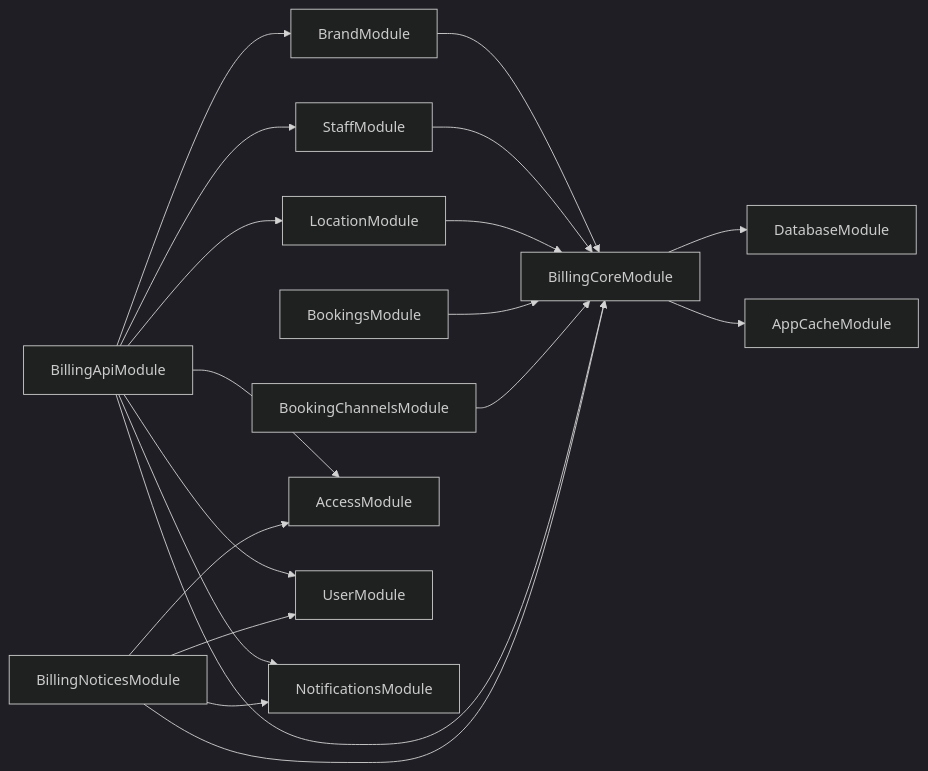
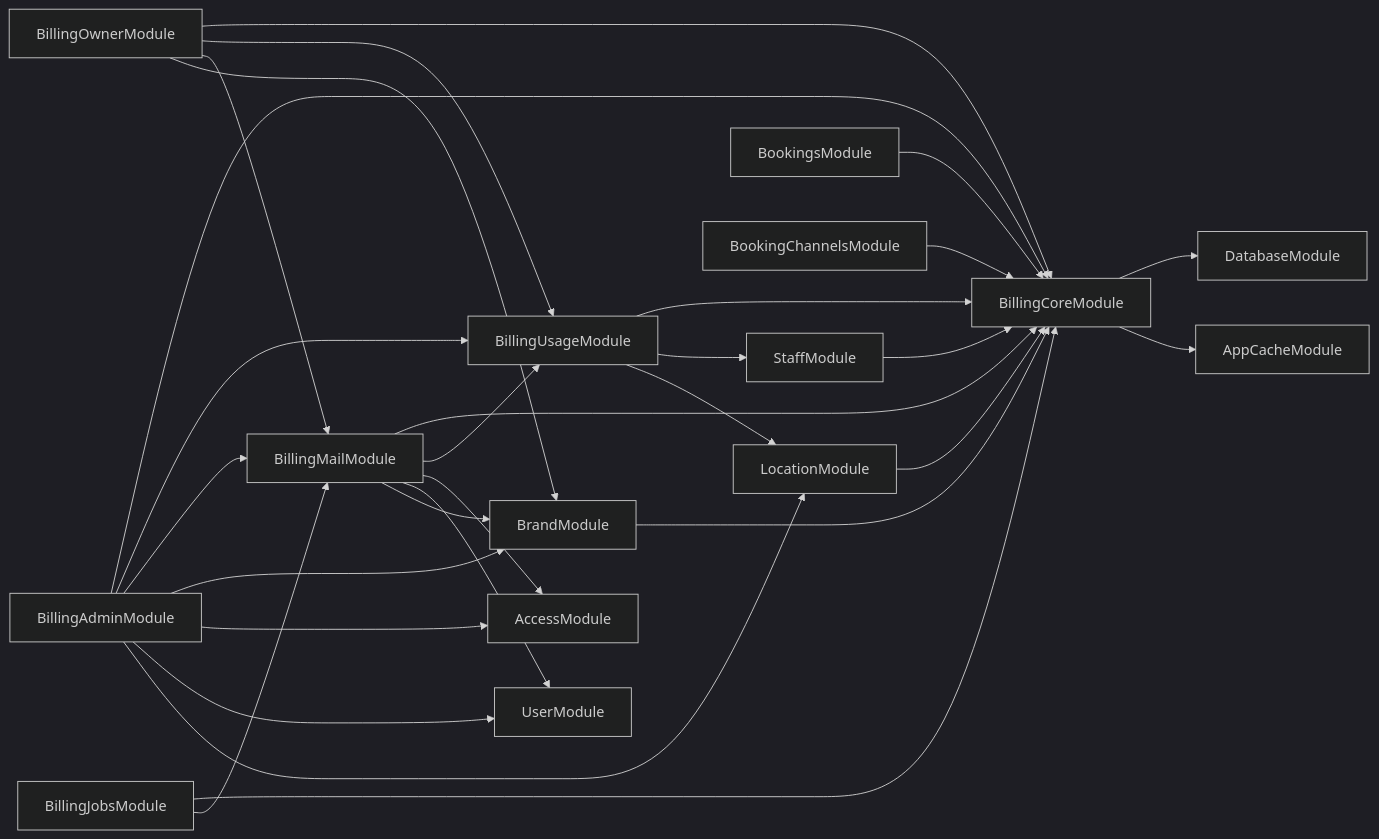
Before and after one commit to pavelnagorsky/crm-core: the second of 2 diagrams in docs/subscriptions-plan.md, drawn with Mermaid (dark theme). The commit also changed other lines of this file and 315 other files, not shown here.

````diff
--- a/docs/subscriptions-plan.md
+++ b/docs/subscriptions-plan.md
@@ -1045,21 +1048,31 @@
 ```mermaid
 flowchart LR
   BillingCoreModule --> DatabaseModule
   BillingCoreModule --> AppCacheModule
   BrandModule --> BillingCoreModule
   StaffModule --> BillingCoreModule
   LocationModule --> BillingCoreModule
   BookingsModule --> BillingCoreModule
   BookingChannelsModule --> BillingCoreModule
-  BillingApiModule --> BillingCoreModule
-  BillingApiModule --> StaffModule
-  BillingApiModule --> LocationModule
-  BillingApiModule --> BrandModule
-  BillingApiModule --> AccessModule
-  BillingApiModule --> UserModule
-  BillingApiModule --> NotificationsModule
-  BillingNoticesModule --> BillingCoreModule
-  BillingNoticesModule --> NotificationsModule
-  BillingNoticesModule --> AccessModule
-  BillingNoticesModule --> UserModule
+  BillingUsageModule --> BillingCoreModule
+  BillingUsageModule --> StaffModule
+  BillingUsageModule --> LocationModule
+  BillingMailModule --> BillingCoreModule
+  BillingMailModule --> BillingUsageModule
+  BillingMailModule --> AccessModule
+  BillingMailModule --> UserModule
+  BillingMailModule --> BrandModule
+  BillingJobsModule --> BillingCoreModule
+  BillingJobsModule --> BillingMailModule
+  BillingOwnerModule --> BillingCoreModule
+  BillingOwnerModule --> BillingUsageModule
+  BillingOwnerModule --> BillingMailModule
+  BillingOwnerModule --> BrandModule
+  BillingAdminModule --> BillingCoreModule
+  BillingAdminModule --> BillingUsageModule
+  BillingAdminModule --> BillingMailModule
+  BillingAdminModule --> BrandModule
+  BillingAdminModule --> AccessModule
+  BillingAdminModule --> UserModule
+  BillingAdminModule --> LocationModule
 ```
````
